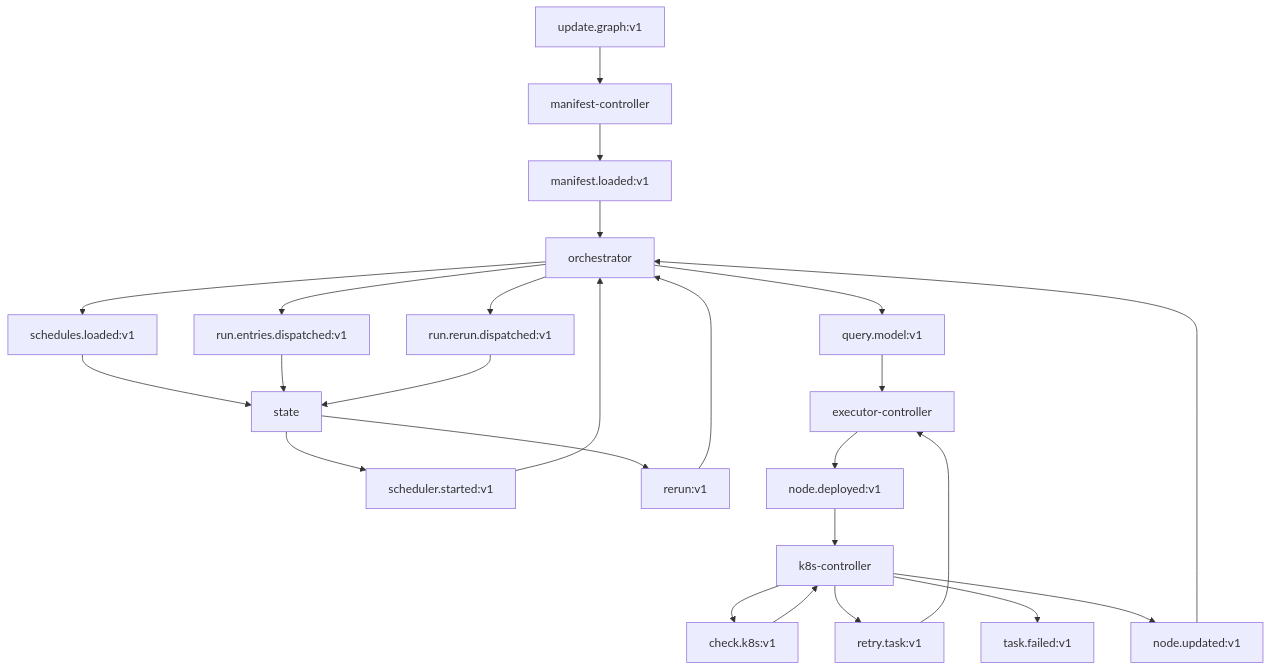
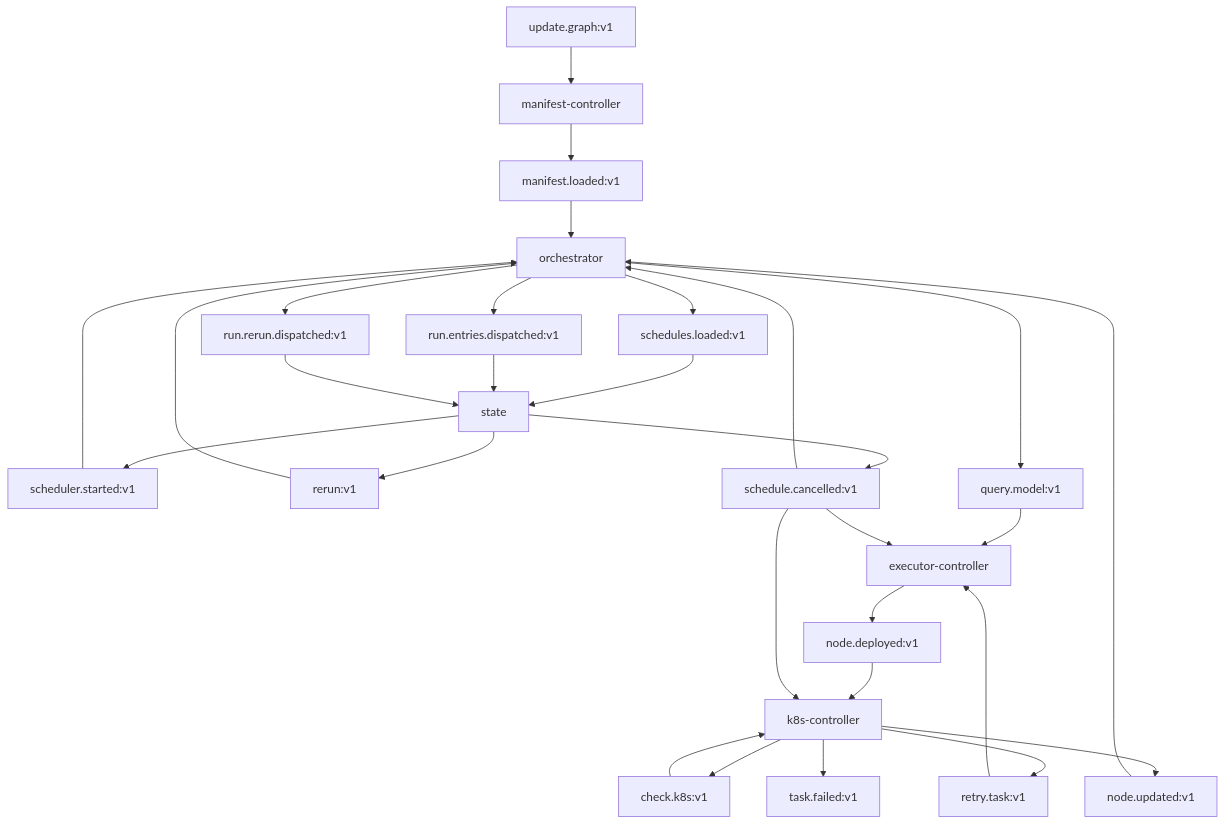
Before and after one commit to carolsimone/continuo: the second of 2 diagrams in docs/arch/01-topology.md, drawn with Mermaid. The commit also changed other lines of this file and 1 other file, not shown here.

Commit message:
docs(arch): add schedule.cancelled:v1 to topology and sequence flows

````diff
--- a/docs/arch/01-topology.md
+++ b/docs/arch/01-topology.md
@@ -54,48 +54,54 @@
 ```mermaid
 flowchart TD
   UG[update.graph:v1]
   ML[manifest.loaded:v1]
   SL[schedules.loaded:v1]
   SS[scheduler.started:v1]
   RED[run.entries.dispatched:v1]
   RN[rerun:v1]
   RRD[run.rerun.dispatched:v1]
   QM[query.model:v1]
   ED[node.deployed:v1]
   KCV[check.k8s:v1]
   TR[retry.task:v1]
   TF[task.failed:v1]
   UT[node.updated:v1]
 
   UG --> MC[manifest-controller]
   MC --> ML
   ML --> OR[orchestrator]
   OR --> SL
   SL --> ST[state]
 
   ST --> SS
   SS --> OR
   OR --> RED
   RED --> ST
 
   ST --> RN
   RN --> OR
   OR --> RRD
   RRD --> ST
 
   OR --> QM
 
   QM --> EC[executor-controller]
   TR --> EC
 
   EC --> ED
   ED --> KC[k8s-controller]
 
   KC --> KCV
   KCV --> KC
   KC --> TR
   KC --> TF
   KC --> UT
 
   UT --> OR
+
+  SC_EV[schedule.cancelled:v1]
+  ST --> SC_EV
+  SC_EV --> OR
+  SC_EV --> EC
+  SC_EV --> KC
 ```
````
